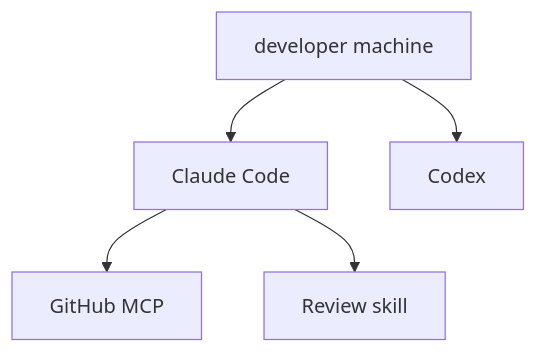
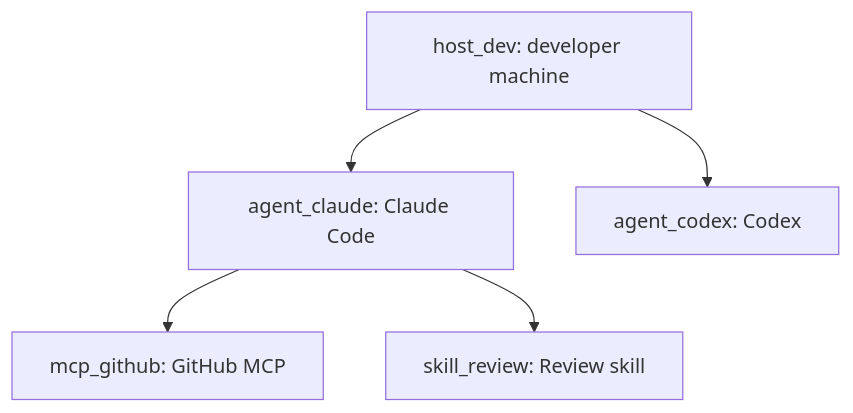
The diagram in docs/diagrams/inventory_topology.md (sipyourdrink-ltd/bernstein), drawn with Mermaid before and after one commit. The commit also changed 6 other files, not shown here.

Commit message:
fix(govern): positional mermaid ids avoid store-id collisions

````diff
--- a/docs/diagrams/inventory_topology.md
+++ b/docs/diagrams/inventory_topology.md
@@ -10,12 +10,12 @@
 ```mermaid
 flowchart TD
-    agent_claude["Claude Code"]
-    agent_codex["Codex"]
-    host_dev["developer machine"]
-    mcp_github["GitHub MCP"]
-    skill_review["Review skill"]
-    agent_claude --> mcp_github
-    agent_claude --> skill_review
-    host_dev --> agent_claude
-    host_dev --> agent_codex
+    n0["agent_claude: Claude Code"]
+    n1["agent_codex: Codex"]
+    n2["host_dev: developer machine"]
+    n3["mcp_github: GitHub MCP"]
+    n4["skill_review: Review skill"]
+    n0 --> n3
+    n0 --> n4
+    n2 --> n0
+    n2 --> n1
 ```
````
